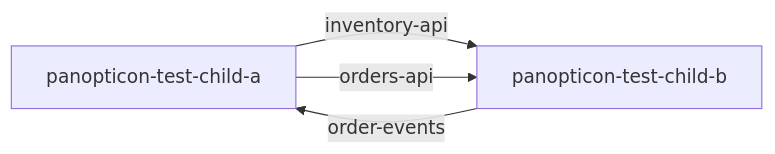
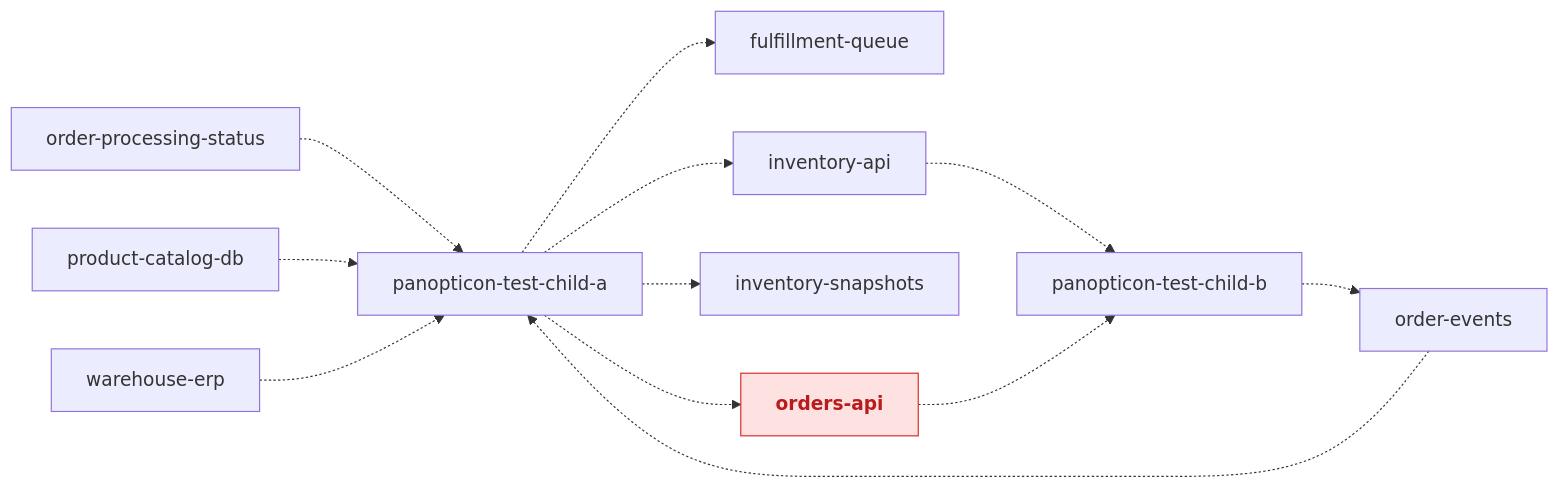
One commit to industrial-curiosity/panopticon-test changed the first of 2 diagrams in docs/architecture.md. Above: the diagram before and after it, drawn with Mermaid. The commit also changed other lines of this file and 10 other files, not shown here.

Commit message:
panopticon: sync panopticon-test-child-a @ 487b871b76b3c220faf6be2f6c367a9d8a6be0c6

````diff
--- a/docs/architecture.md
+++ b/docs/architecture.md
@@ -23,8 +14,26 @@
 ```mermaid
 graph LR
     repo_panopticon_test_child_a["panopticon-test-child-a"]
+    repo_resource_fulfillment_queue_sqs["fulfillment-queue"]
+    repo_panopticon_test_child_a -.-> repo_resource_fulfillment_queue_sqs
     repo_panopticon_test_child_b["panopticon-test-child-b"]
-    repo_panopticon_test_child_a -->|inventory-api| repo_panopticon_test_child_b
-    repo_panopticon_test_child_b -->|order-events| repo_panopticon_test_child_a
-    repo_panopticon_test_child_a -->|orders-api| repo_panopticon_test_child_b
+    repo_resource_inventory_api_rest["inventory-api"]
+    repo_panopticon_test_child_a -.-> repo_resource_inventory_api_rest
+    repo_resource_inventory_api_rest -.-> repo_panopticon_test_child_b
+    repo_resource_inventory_snapshots_s3["inventory-snapshots"]
+    repo_panopticon_test_child_a -.-> repo_resource_inventory_snapshots_s3
+    repo_resource_order_events_kafka["order-events"]
+    repo_panopticon_test_child_b -.-> repo_resource_order_events_kafka
+    repo_resource_order_events_kafka -.-> repo_panopticon_test_child_a
+    repo_resource_order_processing_status_rest["order-processing-status"]
+    repo_resource_order_processing_status_rest -.-> repo_panopticon_test_child_a
+    repo_resource_orders_api_rest["orders-api"]
+    class repo_resource_orders_api_rest conflictResource
+    repo_panopticon_test_child_a -.-> repo_resource_orders_api_rest
+    repo_resource_orders_api_rest -.-> repo_panopticon_test_child_b
+    repo_resource_product_catalog_db_database["product-catalog-db"]
+    repo_resource_product_catalog_db_database -.-> repo_panopticon_test_child_a
+    repo_resource_warehouse_erp_rest["warehouse-erp"]
+    repo_resource_warehouse_erp_rest -.-> repo_panopticon_test_child_a
+    classDef conflictResource fill:#fee2e2,stroke:#dc2626,color:#b91c1c,font-weight:bold
 ```
````
